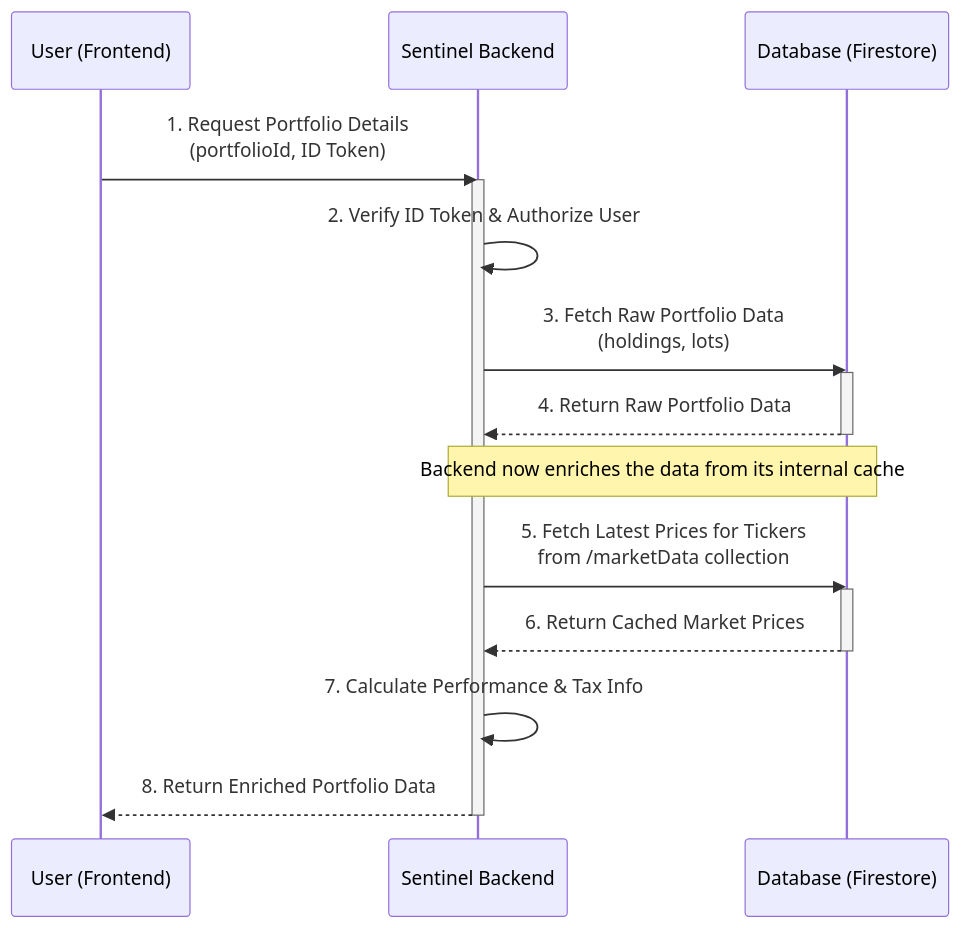
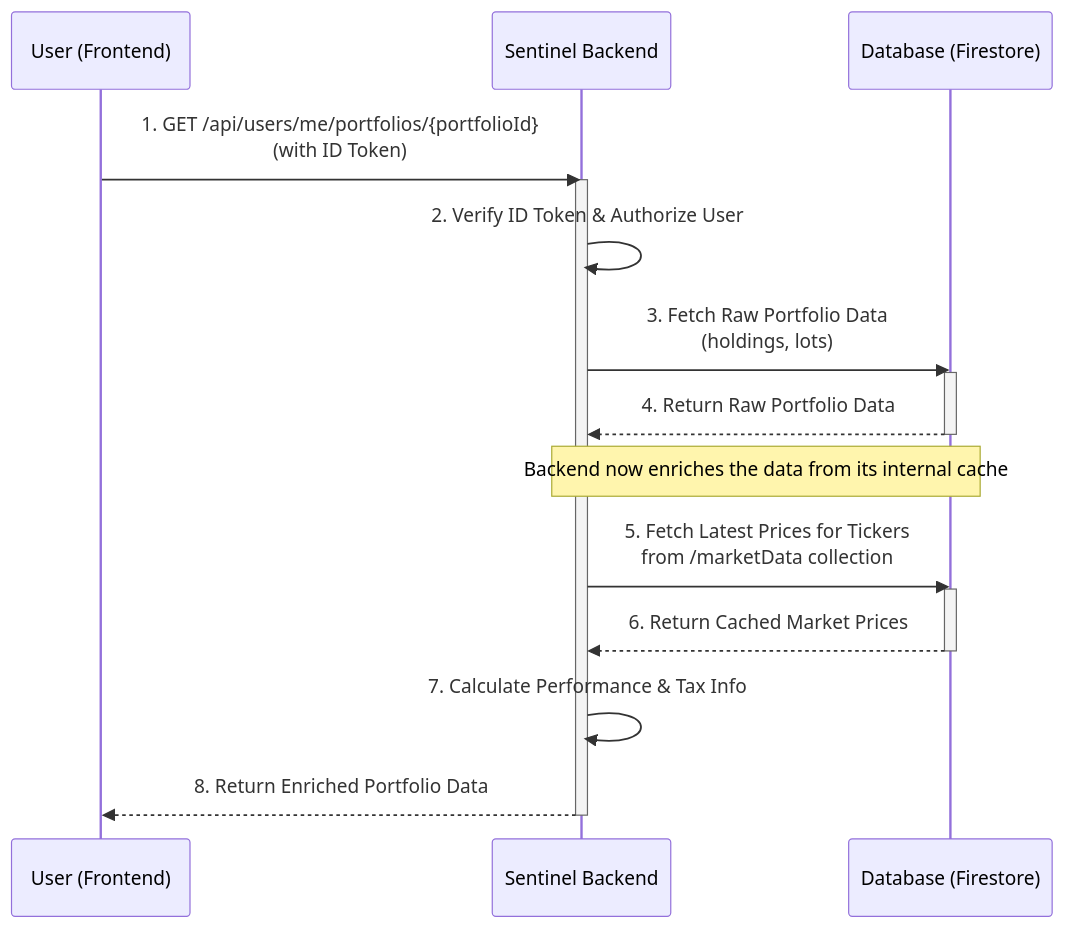
Before and after one commit to enzhao/Sentinel: the second of 12 diagrams in product_spec.md, drawn with Mermaid. The commit also changed other lines of this file, not shown here.

Commit message:
docs(spec): changed the handling of portfolio endpoints. #4

````diff
--- a/product_spec.md
+++ b/product_spec.md
@@ -221,24 +221,24 @@
 ```mermaid
 sequenceDiagram
     participant User as User (Frontend)
     participant Sentinel as Sentinel Backend
     participant DB as Database (Firestore)
 
-    User->>Sentinel: 1. Request Portfolio Details<br> (portfolioId, ID Token)
+    User->>Sentinel: 1. GET /api/users/me/portfolios/{portfolioId}<br> (with ID Token)
     activate Sentinel
     Sentinel->>Sentinel: 2. Verify ID Token & Authorize User
     Sentinel->>DB: 3. Fetch Raw Portfolio Data<br> (holdings, lots)
     activate DB
     DB-->>Sentinel: 4. Return Raw Portfolio Data
     deactivate DB
 
     Note over Sentinel, DB: Backend now enriches the data from its internal cache
     Sentinel->>DB: 5. Fetch Latest Prices for Tickers<br> from /marketData collection
     activate DB
     DB-->>Sentinel: 6. Return Cached Market Prices
     deactivate DB
 
     Sentinel->>Sentinel: 7. Calculate Performance & Tax Info
     Sentinel-->>User: 8. Return Enriched Portfolio Data
     deactivate Sentinel
 ```
````
